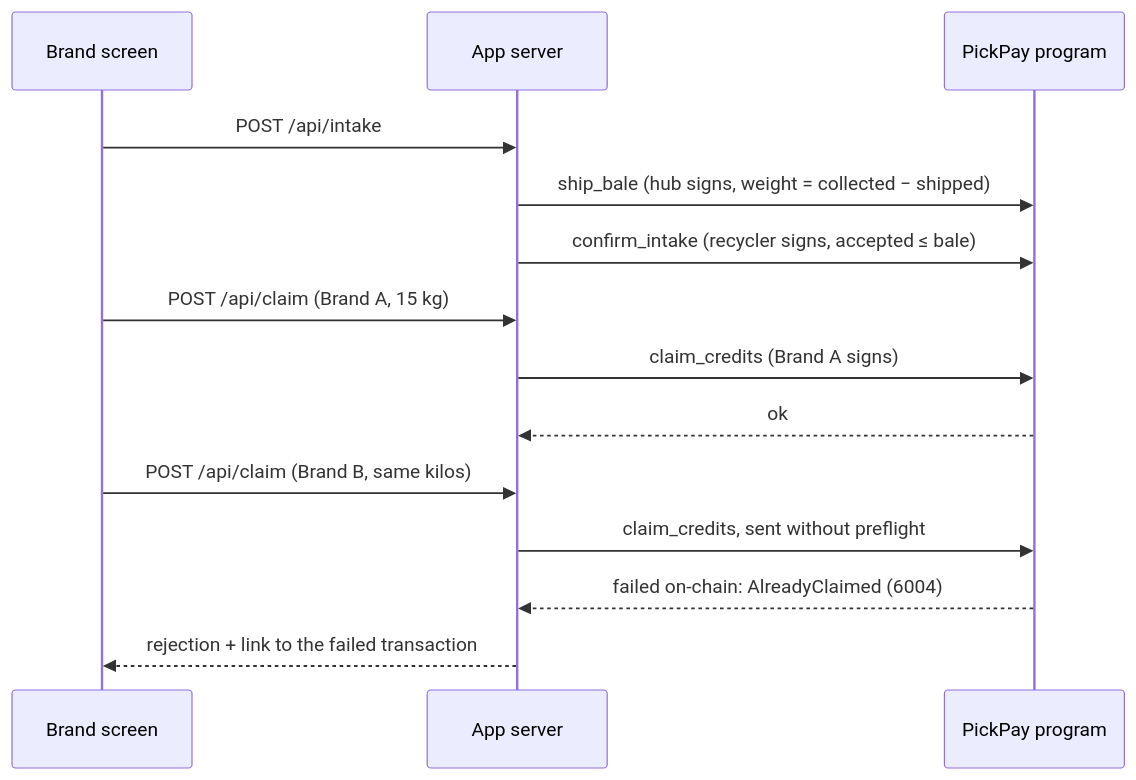
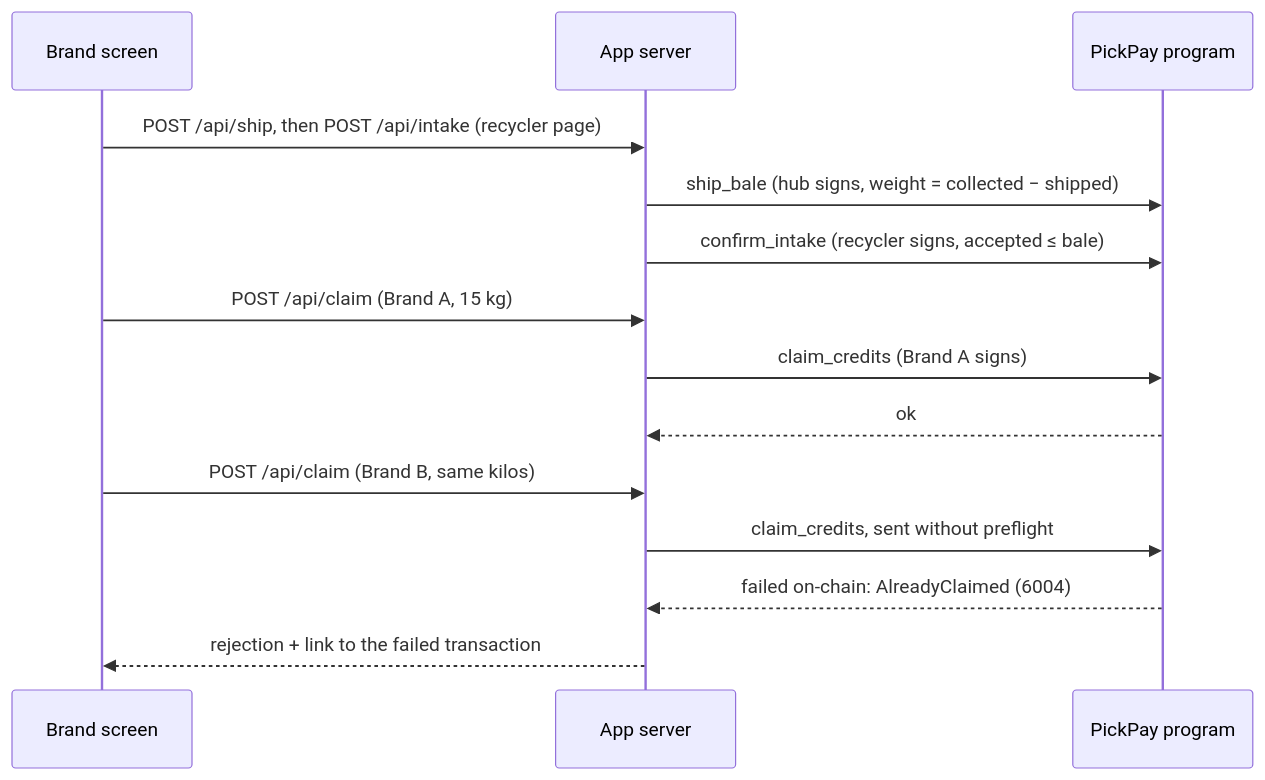
Before and after one commit to Don-Vicks/pickpay: the third of 3 diagrams in docs/architecture.md, drawn with Mermaid. The commit also changed other lines of this file and 32 other files, not shown here.

First line of the commit message:
feat(app): clear three-step demo with a menu, recycler page and plain language

````diff
--- a/docs/architecture.md
+++ b/docs/architecture.md
@@ -99,16 +99,16 @@
 ```mermaid
 sequenceDiagram
   participant B as Brand screen
   participant S as App server
   participant P as PickPay program
-  B->>S: POST /api/intake
+  B->>S: POST /api/ship, then POST /api/intake (recycler page)
   S->>P: ship_bale (hub signs, weight = collected − shipped)
   S->>P: confirm_intake (recycler signs, accepted ≤ bale)
   B->>S: POST /api/claim (Brand A, 15 kg)
   S->>P: claim_credits (Brand A signs)
   P-->>S: ok
   B->>S: POST /api/claim (Brand B, same kilos)
   S->>P: claim_credits, sent without preflight
   P-->>S: failed on-chain: AlreadyClaimed (6004)
   S-->>B: rejection + link to the failed transaction
 ```
````
